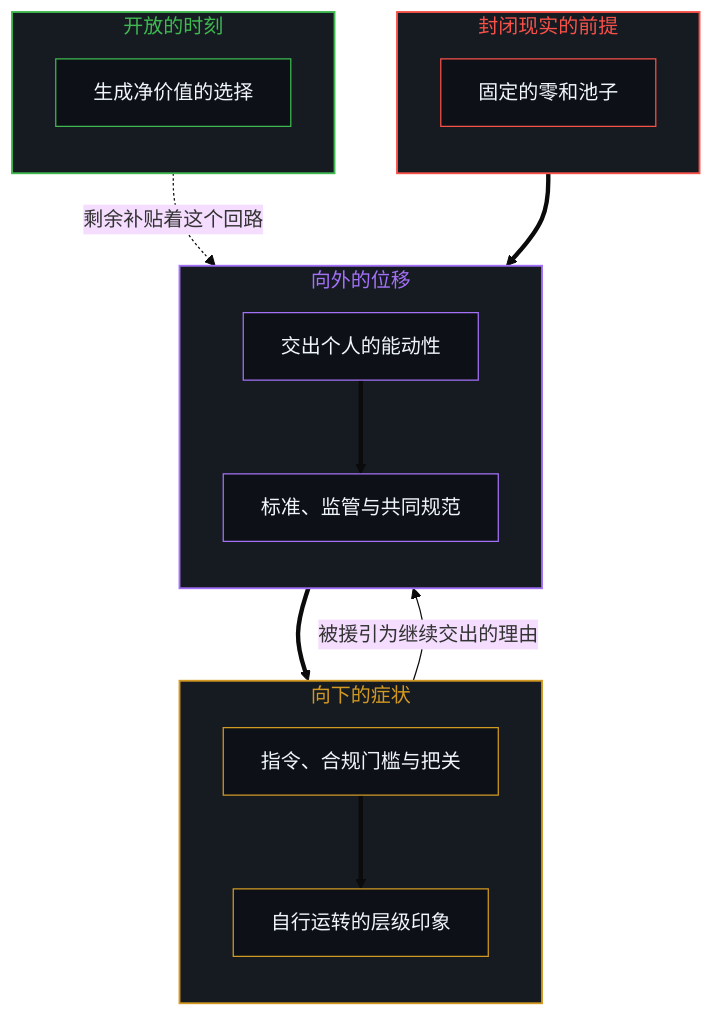
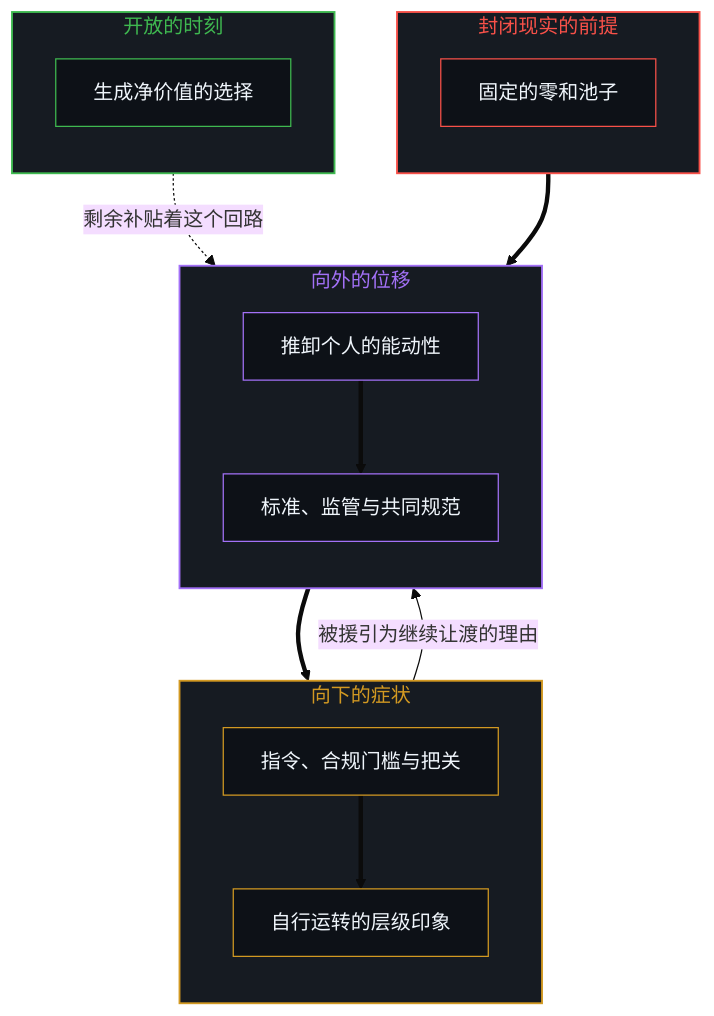
One commit to powerpig99/not-a-toe changed the first of 2 diagrams in content/posts/moral-language-as-projection.md. Above: the diagram before and after it, drawn with Mermaid (base theme). The commit also changed other lines of this file and 2 other files, not shown here.

````diff
--- a/content/posts/moral-language-as-projection.md
+++ b/content/posts/moral-language-as-projection.md
@@ -25,37 +25,37 @@
 ```mermaid
 flowchart TD
     subgraph S_Closed["封闭现实的前提"]
         direction TB
         C1["固定的零和池子"]
     end
     subgraph S_Out["向外的位移"]
         direction TB
-        O1["交出个人的能动性"]
+        O1["推卸个人的能动性"]
         O2["标准、监管与共同规范"]
     end
     subgraph S_Down["向下的症状"]
         direction TB
         D1["指令、合规门槛与把关"]
         D2["自行运转的层级印象"]
     end
     subgraph S_Open["开放的时刻"]
         direction TB
         P1["生成净价值的选择"]
     end
     C1 ==> O1
     O1 ==> O2
     O2 ==> D1
     D1 ==> D2
-    D2 -->|"被援引为继续交出的理由"| O1
+    D2 -->|"被援引为继续让渡的理由"| O1
     P1 -.->|"剩余补贴着这个回路"| O2
     style S_Closed fill:#161b22,stroke:#f85149,stroke-width:1.5px,color:#f85149
     style S_Out fill:#161b22,stroke:#a371f7,stroke-width:1.5px,color:#a371f7
     style S_Down fill:#161b22,stroke:#d29922,stroke-width:1.5px,color:#d29922
     style S_Open fill:#161b22,stroke:#3fb950,stroke-width:1.5px,color:#3fb950
     style C1 fill:#0d1117,stroke:#f85149,stroke-width:1px,color:#f0f6fc
     style O1 fill:#0d1117,stroke:#a371f7,stroke-width:1px,color:#f0f6fc
     style O2 fill:#0d1117,stroke:#a371f7,stroke-width:1px,color:#f0f6fc
     style D1 fill:#0d1117,stroke:#d29922,stroke-width:1px,color:#f0f6fc
     style D2 fill:#0d1117,stroke:#d29922,stroke-width:1px,color:#f0f6fc
     style P1 fill:#0d1117,stroke:#3fb950,stroke-width:1px,color:#f0f6fc
 ```
````
